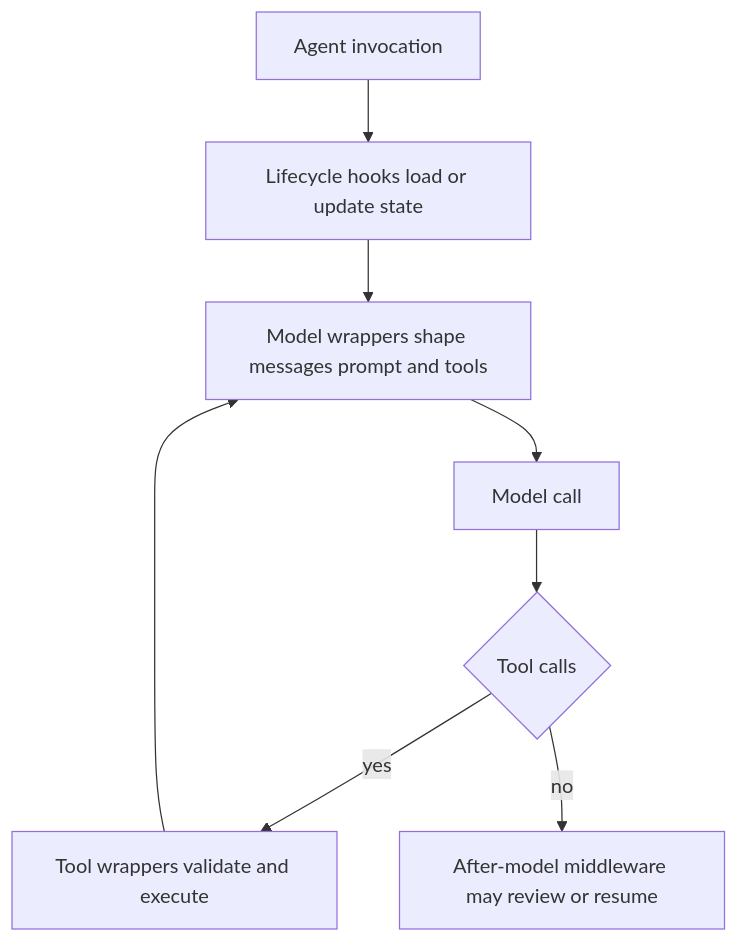
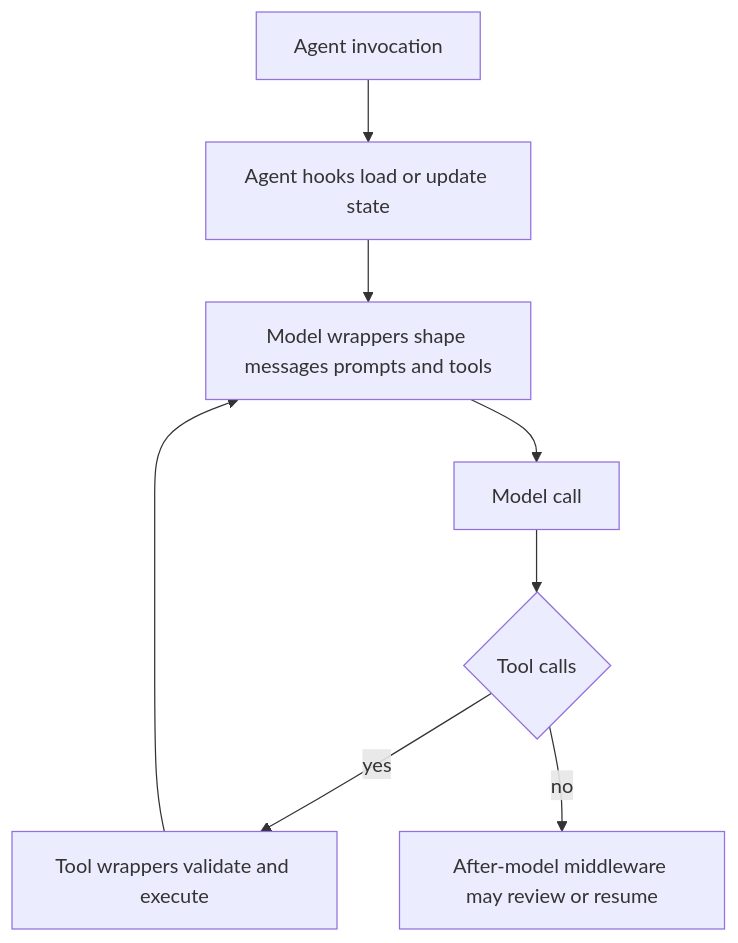
Before and after one commit to langchain-ai/deepagents: the first of 4 diagrams in openwiki/concepts/middleware-catalog.md, drawn with Mermaid. The commit also changed other lines of this file and 69 other files, not shown here.

````diff
--- a/openwiki/concepts/middleware-catalog.md
+++ b/openwiki/concepts/middleware-catalog.md
@@ -73,10 +69,10 @@
 ```mermaid
 flowchart TD
-    Begin["Agent invocation"] --> Before["Lifecycle hooks load or update state"]
-    Before --> Request["Model wrappers shape messages prompt and tools"]
+    Begin["Agent invocation"] --> AgentHook["Agent hooks load or update state"]
+    AgentHook --> Request["Model wrappers shape messages prompts and tools"]
     Request --> Model["Model call"]
     Model --> Decision{"Tool calls"}
     Decision -->|"yes"| Tool["Tool wrappers validate and execute"]
     Tool --> Request
-    Decision -->|"no"| Finish["After-model middleware may review or resume"]
+    Decision -->|"no"| Complete["After-model middleware may review or resume"]
 ```
````
